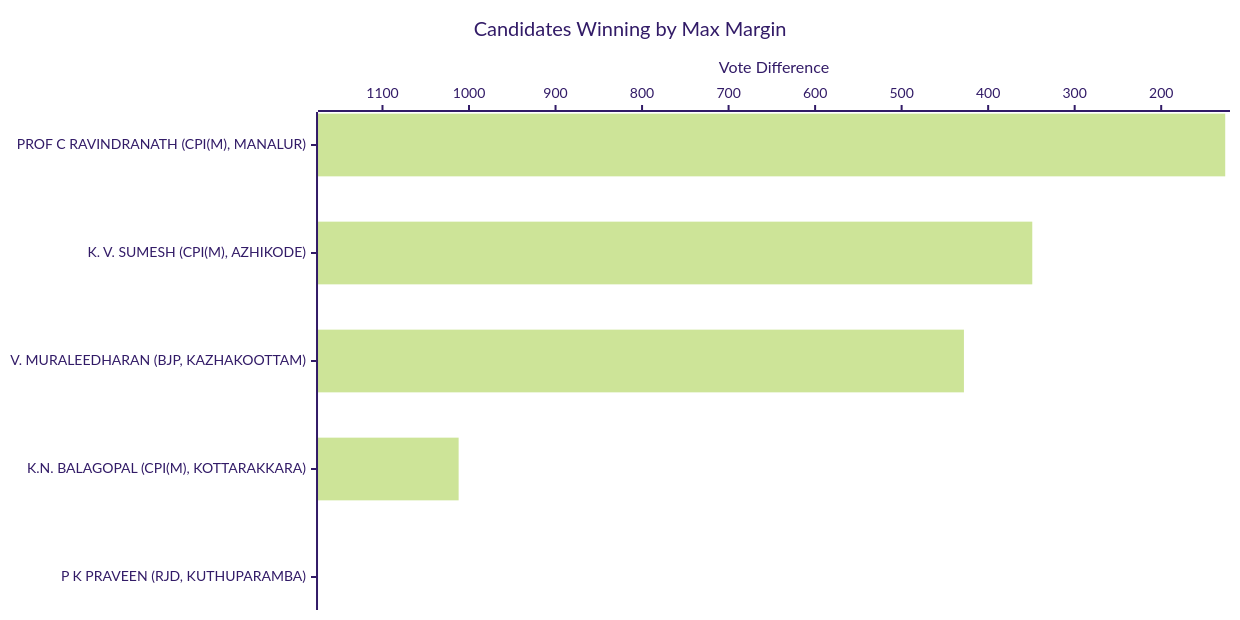
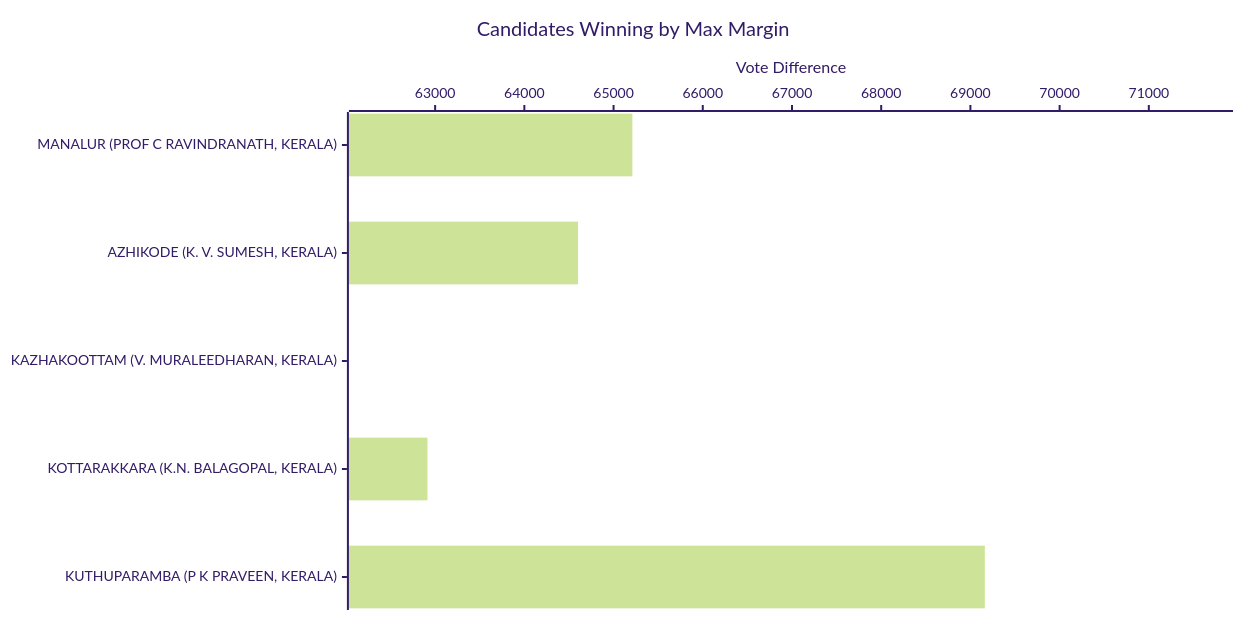
The fifth of 23 diagrams in result/KERALA/Kerala-GRAPH.md (arjunswaj/elections), drawn with Mermaid (forest theme) before and after one commit. The commit also changed other lines of this file and 64 other files, not shown here.

````diff
--- a/result/KERALA/Kerala-GRAPH.md
+++ b/result/KERALA/Kerala-GRAPH.md
@@ -138,17 +138,17 @@
 ```mermaid
 ---
 config:
   xyChart:
     width: 1200
     height: 600
     chartOrientation: horizontal
   dataLabels:
     enabled: true
     placement: end
 ---
 xychart-beta
 title "Candidates Winning by Max Margin"
-x-axis ["PROF C RAVINDRANATH (CPI(M), MANALUR)", "K. V. SUMESH (CPI(M), AZHIKODE)", "V. MURALEEDHARAN (BJP, KAZHAKOOTTAM)", "K.N. BALAGOPAL (CPI(M), KOTTARAKKARA)", "P K PRAVEEN (RJD, KUTHUPARAMBA)"]
-y-axis "Vote Difference" 1157 --> 138
-bar [126, 349, 428, 1012, 1286]
+x-axis ["MANALUR (PROF C RAVINDRANATH, KERALA)", "AZHIKODE (K. V. SUMESH, KERALA)", "KAZHAKOOTTAM (V. MURALEEDHARAN, KERALA)", "KOTTARAKKARA (K.N. BALAGOPAL, KERALA)", "KUTHUPARAMBA (P K PRAVEEN, KERALA)"]
+y-axis "Vote Difference" 62245 --> 71732
+bar [65211, 64602, 46136, 62914, 69162]
 ```
````
